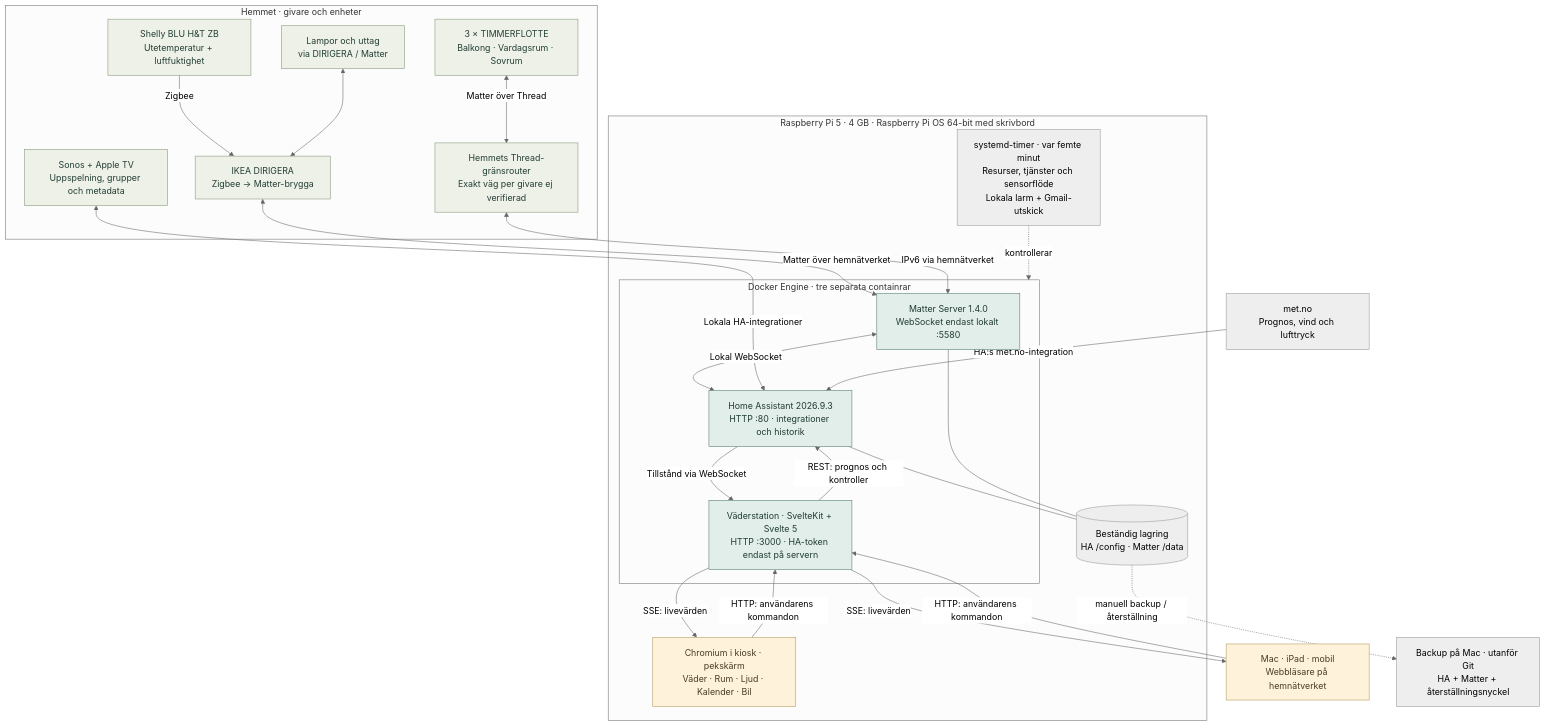
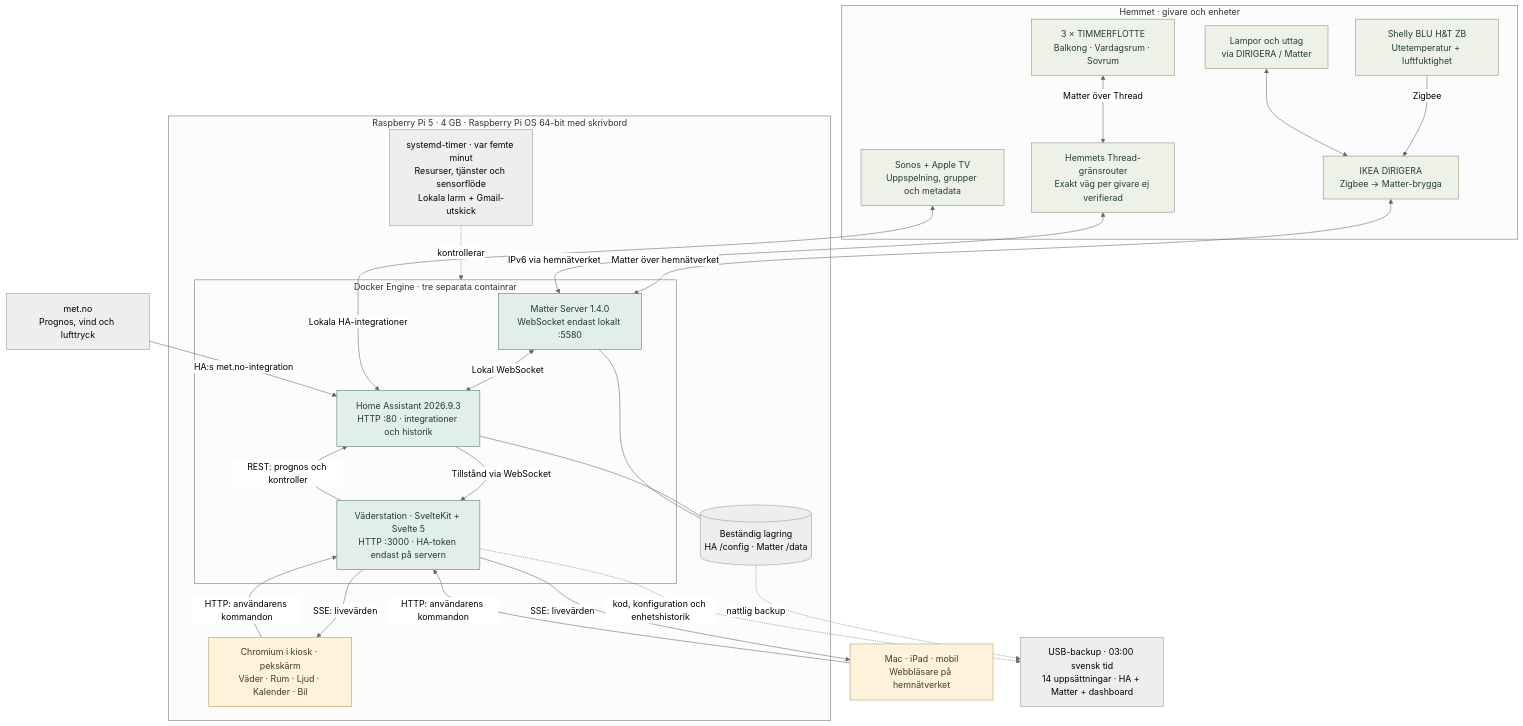
Before and after one commit to rosieboy/weather-station: the first of 3 diagrams in README.md, drawn with Mermaid (neutral theme). The commit also changed other lines of this file and 17 other files, not shown here.

````diff
--- a/README.md
+++ b/README.md
@@ -131,52 +152,53 @@
 ```mermaid
 flowchart TB
     subgraph Devices["Hemmet · givare och enheter"]
         Shelly["Shelly BLU H&T ZB<br/>Utetemperatur + luftfuktighet"]
         Dirigera["IKEA DIRIGERA<br/>Zigbee → Matter-brygga"]
         Timmer["3 × TIMMERFLOTTE<br/>Balkong · Vardagsrum · Sovrum"]
         Thread["Hemmets Thread-gränsrouter<br/>Exakt väg per givare ej verifierad"]
         Lights["Lampor och uttag<br/>via DIRIGERA / Matter"]
         Media["Sonos + Apple TV<br/>Uppspelning, grupper och metadata"]
         Shelly -->|Zigbee| Dirigera
         Timmer <-->|Matter över Thread| Thread
         Lights <--> Dirigera
     end
 
     Met["met.no<br/>Prognos, vind och lufttryck"]
 
     subgraph Pi["Raspberry Pi 5 · 4 GB · Raspberry Pi OS 64-bit med skrivbord"]
         subgraph Docker["Docker Engine · tre separata containrar"]
             Matter["Matter Server 1.4.0<br/>WebSocket endast lokalt :5580"]
             HA["Home Assistant 2026.9.3<br/>HTTP :80 · integrationer och historik"]
             App["Väderstation · SvelteKit + Svelte 5<br/>HTTP :3000 · HA-token endast på servern"]
             Matter <-->|Lokal WebSocket| HA
             HA -->|Tillstånd via WebSocket| App
             App -->|REST: prognos och kontroller| HA
         end
         Storage[("Beständig lagring<br/>HA /config · Matter /data")]
         Kiosk["Chromium i kiosk · pekskärm<br/>Väder · Rum · Ljud · Kalender · Bil"]
         Health["systemd-timer · var femte minut<br/>Resurser, tjänster och sensorflöde<br/>Lokala larm + Gmail-utskick"]
         HA --- Storage
         Matter --- Storage
         App -->|SSE: livevärden| Kiosk
         Kiosk -->|HTTP: användarens kommandon| App
         Health -. kontrollerar .-> Docker
     end
 
     Dirigera <-->|Matter över hemnätverket| Matter
     Thread <-->|IPv6 via hemnätverket| Matter
     Media <-->|Lokala HA-integrationer| HA
     Met -->|HA:s met.no-integration| HA
     Clients["Mac · iPad · mobil<br/>Webbläsare på hemnätverket"]
     App -->|SSE: livevärden| Clients
     Clients -->|HTTP: användarens kommandon| App
-    Backup["Backup på Mac · utanför Git<br/>HA + Matter + återställningsnyckel"]
-    Storage -. manuell backup / återställning .-> Backup
+    Backup["USB-backup · 03:00 svensk tid<br/>14 uppsättningar · HA + Matter + dashboard"]
+    Storage -. nattlig backup .-> Backup
+    App -. kod, konfiguration och enhetshistorik .-> Backup
 
     classDef hardware fill:#eef1e7,stroke:#829578,color:#233e36
     classDef service fill:#e2eee9,stroke:#527b6b,color:#203c33
     classDef screen fill:#fff2da,stroke:#b49864,color:#483b27
     class Shelly,Dirigera,Timmer,Thread,Lights,Media hardware
     class Matter,HA,App service
     class Kiosk,Clients screen
 ```
````
